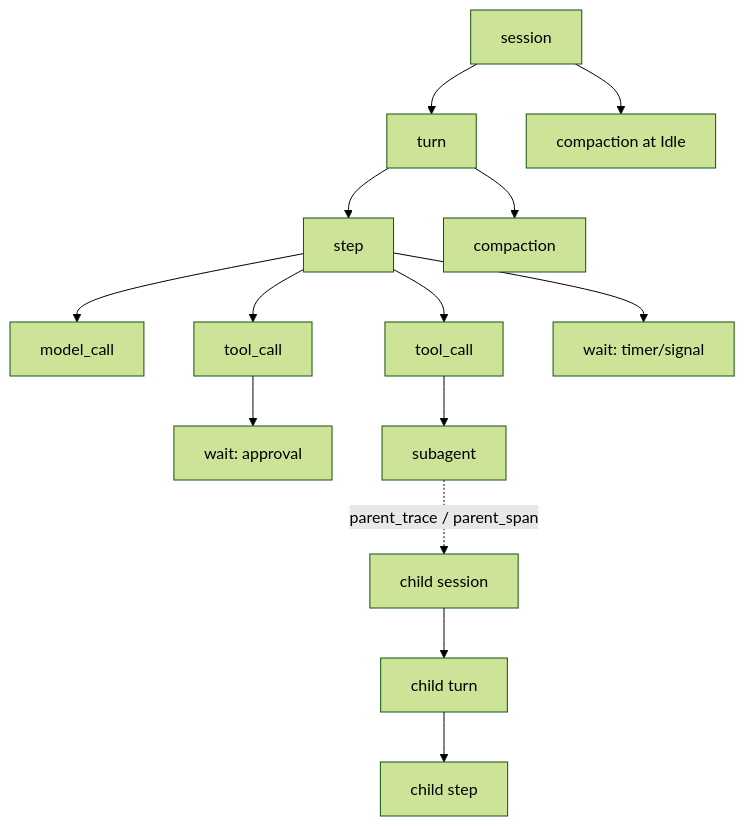
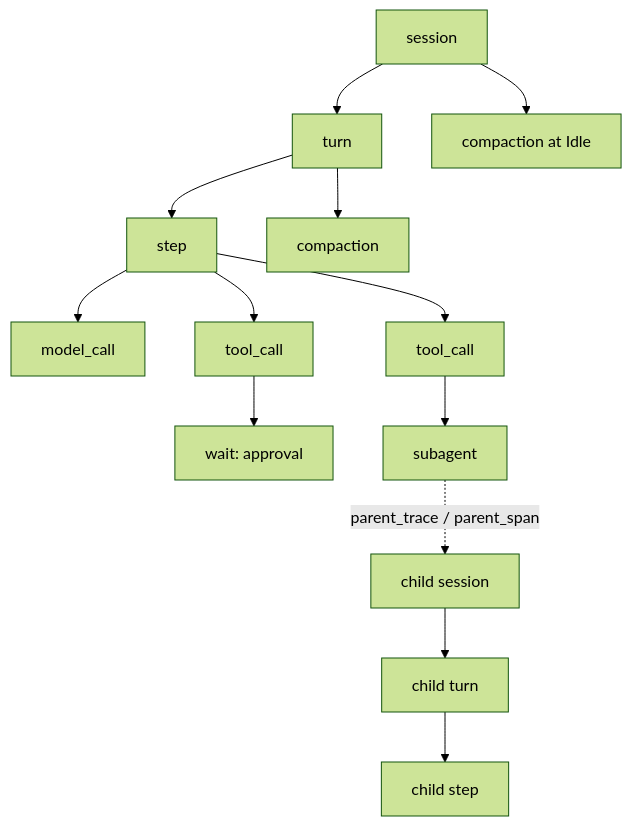
Before and after one commit to zibyn/asterpath: the diagram in docs/design/tracing.md, drawn with Mermaid (forest theme). The commit also changed other lines of this file and 37 other files, not shown here.

````diff
--- a/docs/design/tracing.md
+++ b/docs/design/tracing.md
@@ -133,15 +133,14 @@
 ```mermaid
 flowchart TD
     S[session] --> T[turn]
     T --> ST[step]
     ST --> M[model_call]
     ST --> TC1[tool_call]
     ST --> TC2[tool_call]
     TC1 --> W1[wait: approval]
     TC2 --> SA[subagent]
-    ST --> W2[wait: timer/signal]
     T --> C[compaction]
     S --> C2[compaction at Idle]
     SA -. parent_trace / parent_span .-> CS[child session]
     CS --> CT[child turn] --> CST[child step]
 ```
````
